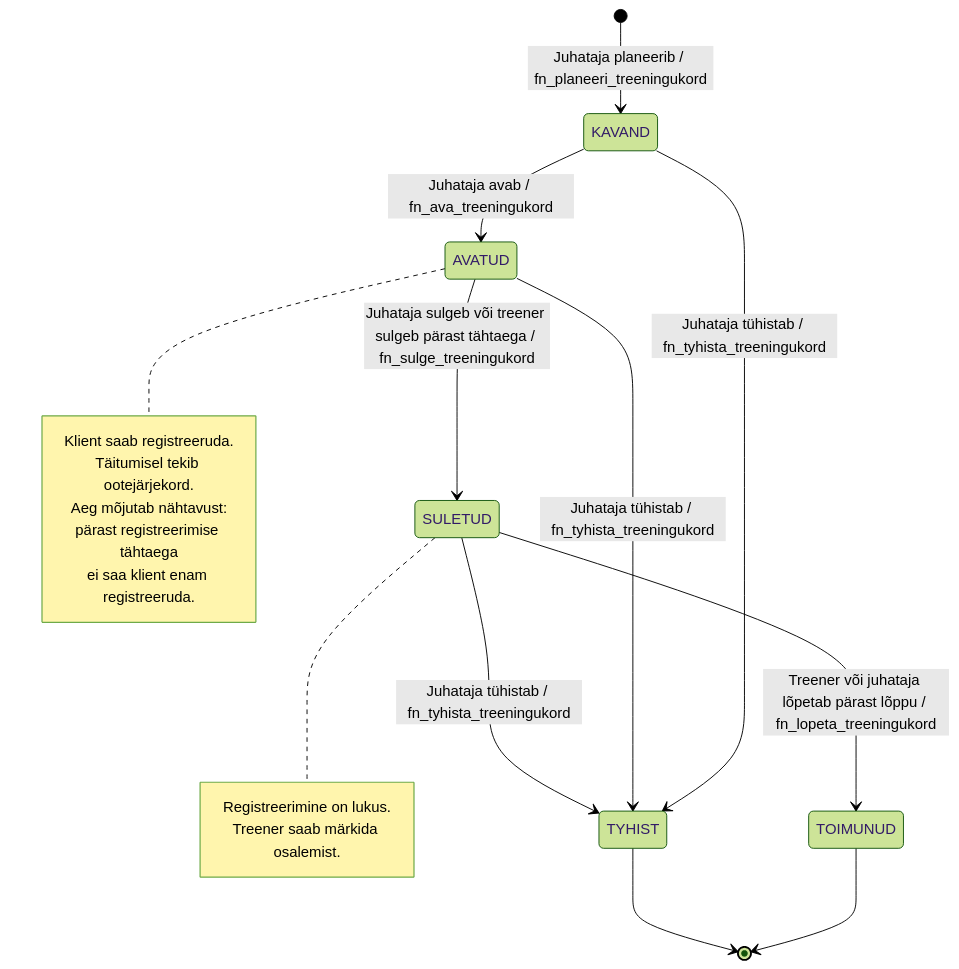
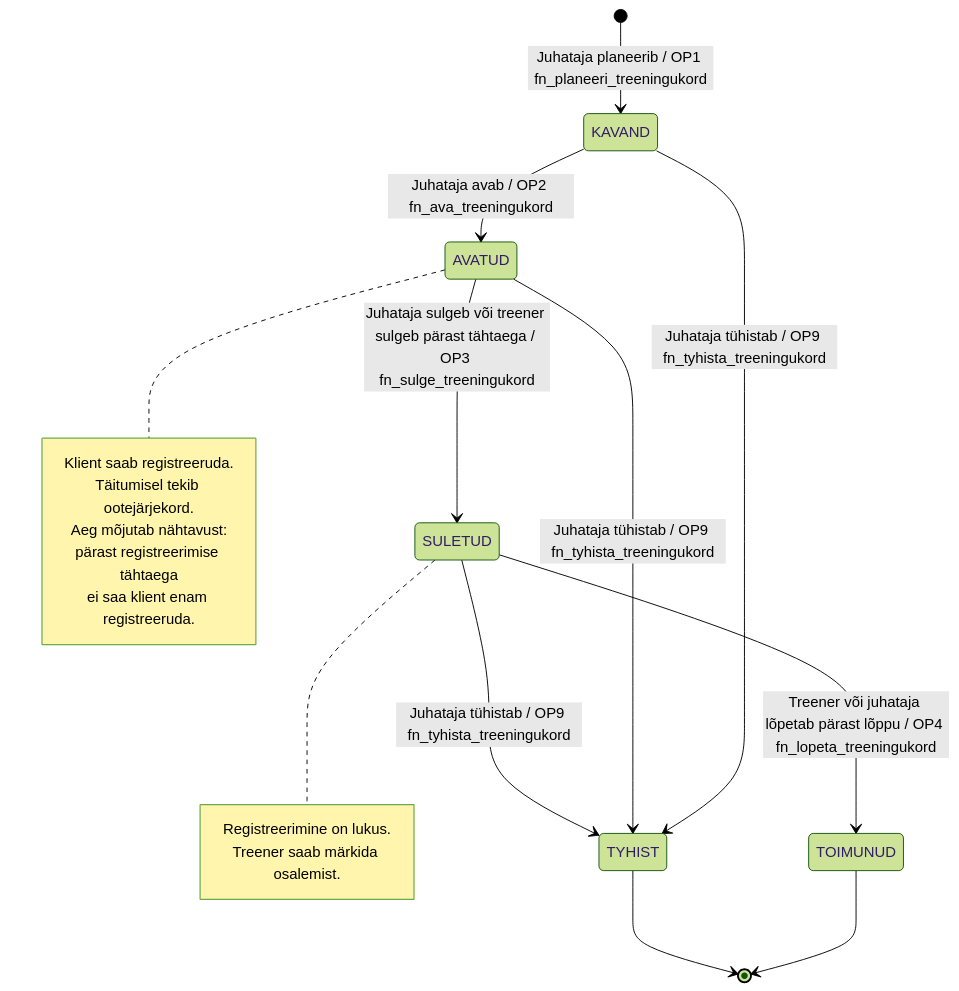
The diagram in diagrams/05_session_state.mmd (tamkivi/andmebaasid-projekt), drawn with Mermaid (forest theme) before and after one commit. The commit also changed 19 other files, not shown here.

```diff
--- a/diagrams/05_session_state.mmd
+++ b/diagrams/05_session_state.mmd
@@ -1,22 +1,22 @@
 stateDiagram-v2
-    [*] --> KAVAND: Juhataja planeerib / fn_planeeri_treeningukord
-    KAVAND --> AVATUD: Juhataja avab / fn_ava_treeningukord
-    AVATUD --> SULETUD: Juhataja sulgeb või treener sulgeb pärast tähtaega / fn_sulge_treeningukord
-    SULETUD --> TOIMUNUD: Treener või juhataja lõpetab pärast lõppu / fn_lopeta_treeningukord
-    KAVAND --> TYHIST: Juhataja tühistab / fn_tyhista_treeningukord
-    AVATUD --> TYHIST: Juhataja tühistab / fn_tyhista_treeningukord
-    SULETUD --> TYHIST: Juhataja tühistab / fn_tyhista_treeningukord
+    [*] --> KAVAND: Juhataja planeerib / OP1 fn_planeeri_treeningukord
+    KAVAND --> AVATUD: Juhataja avab / OP2 fn_ava_treeningukord
+    AVATUD --> SULETUD: Juhataja sulgeb või treener sulgeb pärast tähtaega / OP3 fn_sulge_treeningukord
+    SULETUD --> TOIMUNUD: Treener või juhataja lõpetab pärast lõppu / OP4 fn_lopeta_treeningukord
+    KAVAND --> TYHIST: Juhataja tühistab / OP9 fn_tyhista_treeningukord
+    AVATUD --> TYHIST: Juhataja tühistab / OP9 fn_tyhista_treeningukord
+    SULETUD --> TYHIST: Juhataja tühistab / OP9 fn_tyhista_treeningukord
     TOIMUNUD --> [*]
     TYHIST --> [*]
 
     note right of AVATUD
         Klient saab registreeruda.
         Täitumisel tekib ootejärjekord.
         Aeg mõjutab nähtavust:
         pärast registreerimise tähtaega
         ei saa klient enam registreeruda.
     end note
     note right of SULETUD
         Registreerimine on lukus.
         Treener saab märkida osalemist.
     end note
```
